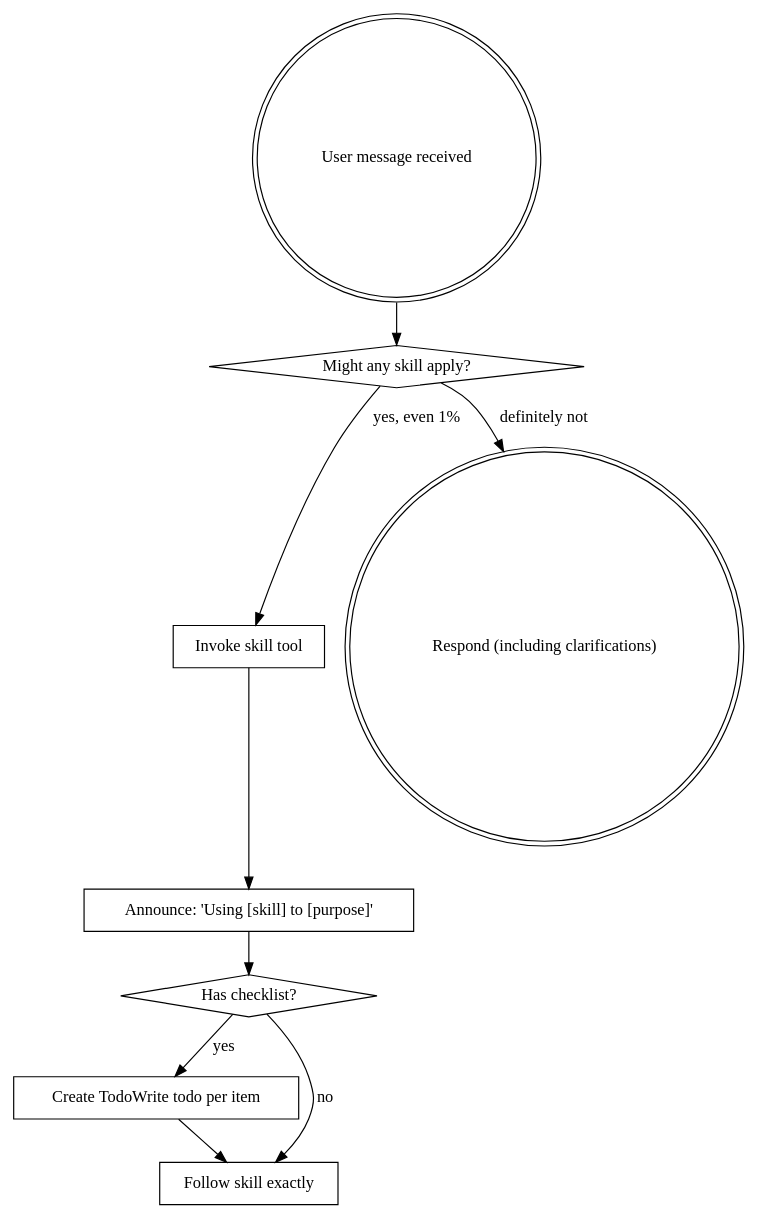
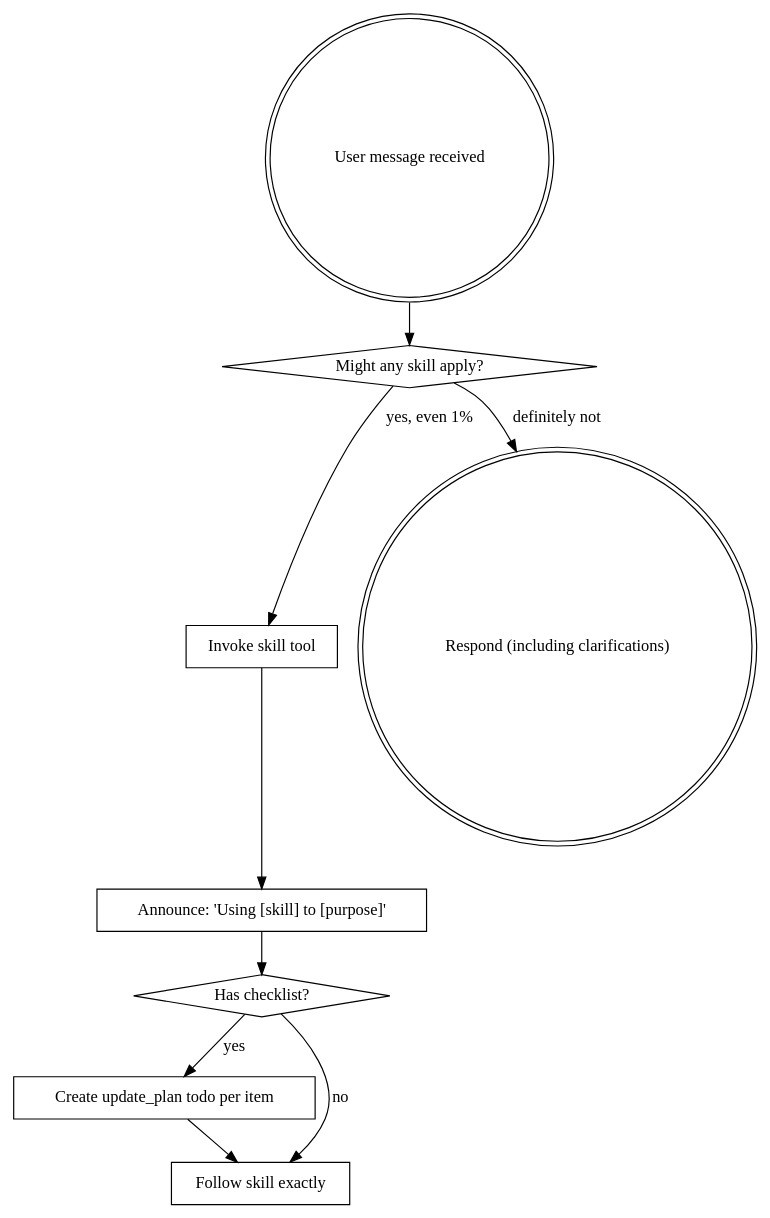
The diagram in skills/using-superpowers/SKILL.md (jjjona/opencode-superpowers), drawn with Graphviz before and after one commit. The commit also changed 4 other files, not shown here.

````diff
--- a/skills/using-superpowers/SKILL.md
+++ b/skills/using-superpowers/SKILL.md
@@ -24,21 +24,21 @@
 ```dot
 digraph skill_flow {
     "User message received" [shape=doublecircle];
     "Might any skill apply?" [shape=diamond];
     "Invoke skill tool" [shape=box];
     "Announce: 'Using [skill] to [purpose]'" [shape=box];
     "Has checklist?" [shape=diamond];
-    "Create TodoWrite todo per item" [shape=box];
+    "Create update_plan todo per item" [shape=box];
     "Follow skill exactly" [shape=box];
     "Respond (including clarifications)" [shape=doublecircle];
 
     "User message received" -> "Might any skill apply?";
     "Might any skill apply?" -> "Invoke skill tool" [label="yes, even 1%"];
     "Might any skill apply?" -> "Respond (including clarifications)" [label="definitely not"];
     "Invoke skill tool" -> "Announce: 'Using [skill] to [purpose]'";
     "Announce: 'Using [skill] to [purpose]'" -> "Has checklist?";
-    "Has checklist?" -> "Create TodoWrite todo per item" [label="yes"];
+    "Has checklist?" -> "Create update_plan todo per item" [label="yes"];
     "Has checklist?" -> "Follow skill exactly" [label="no"];
-    "Create TodoWrite todo per item" -> "Follow skill exactly";
+    "Create update_plan todo per item" -> "Follow skill exactly";
 }
 ```
````
